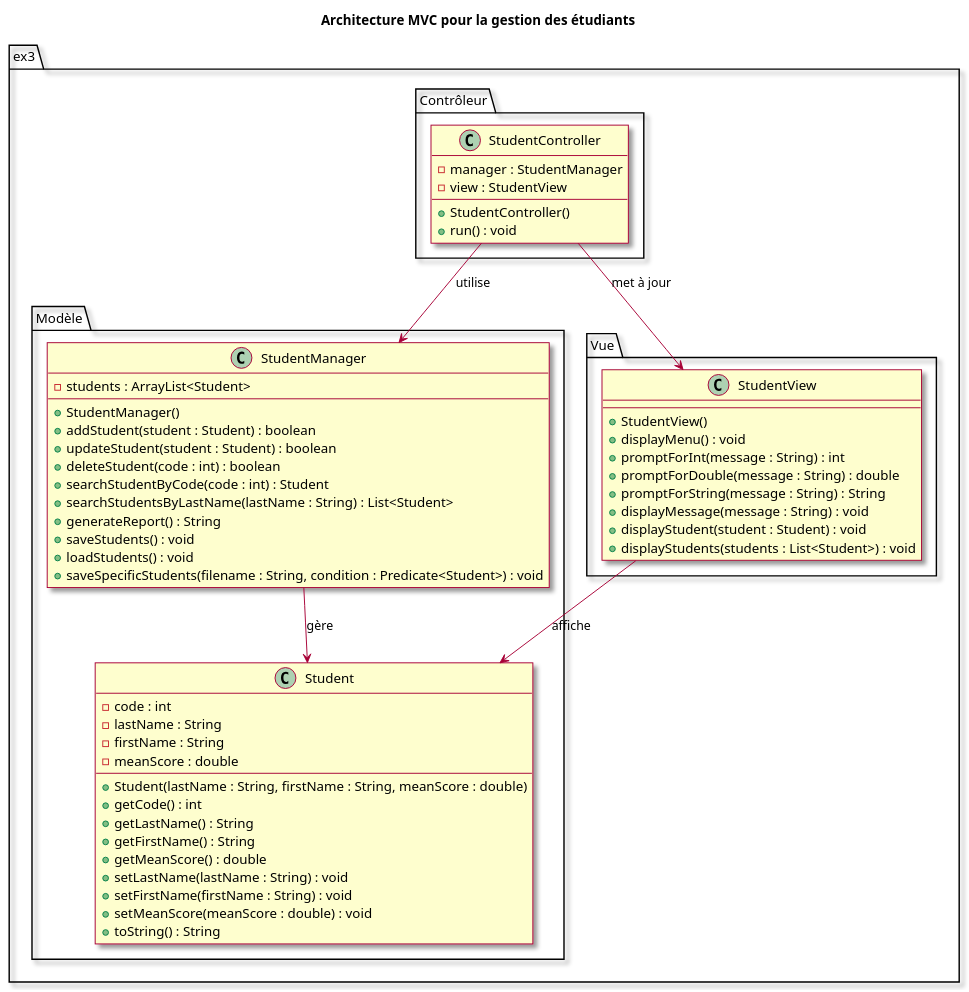
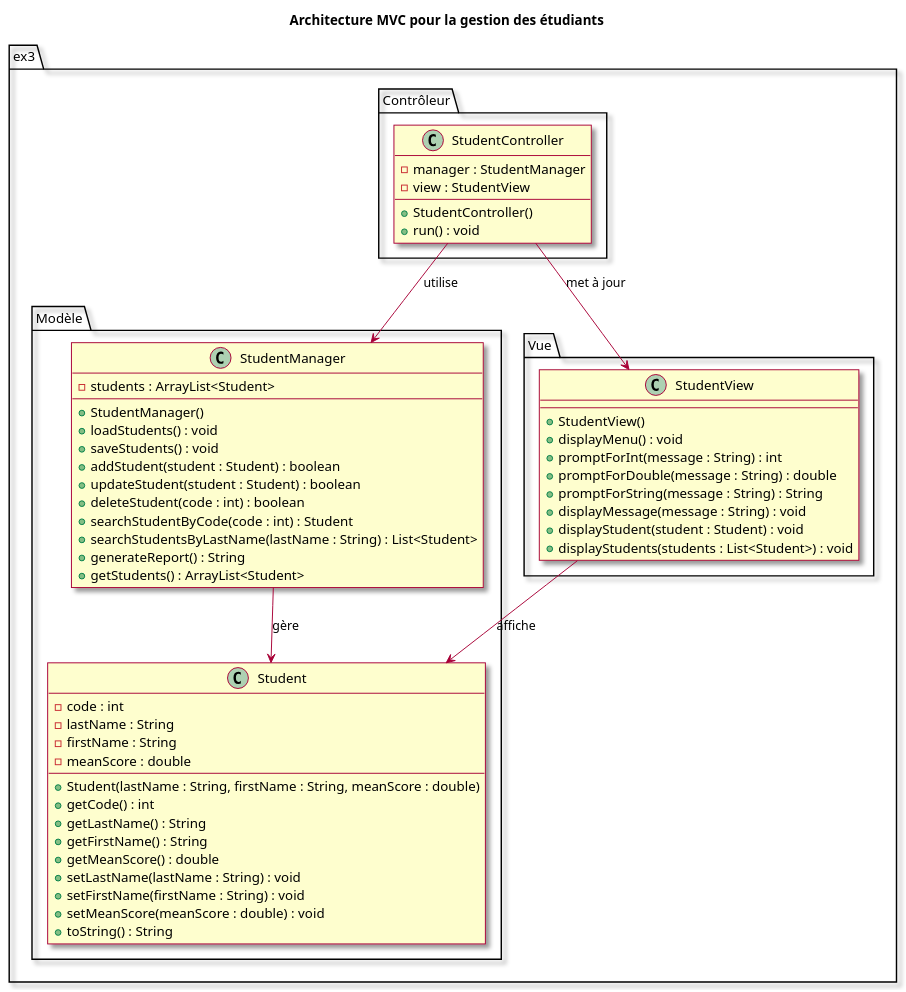
Before and after one commit to alainlebret/java-tp4-students: the diagram in src/ex3/DiagrammeClassesEx3.puml, drawn with PlantUML. The commit also changed 3 other files, not shown here.

```diff
--- a/src/ex3/DiagrammeClassesEx3.puml
+++ b/src/ex3/DiagrammeClassesEx3.puml
@@ -1,66 +1,66 @@
 @startuml
 title Architecture MVC pour la gestion des étudiants
 
 skin rose
 
 package "ex3" {
 package "Modèle" {
     class Student {
       - code : int
       - lastName : String
       - firstName : String
       - meanScore : double
       + Student(lastName : String, firstName : String, meanScore : double)
       + getCode() : int
       + getLastName() : String
       + getFirstName() : String
       + getMeanScore() : double
       + setLastName(lastName : String) : void
       + setFirstName(firstName : String) : void
       + setMeanScore(meanScore : double) : void
       + toString() : String
     }
     class StudentManager {
       - students : ArrayList<Student>
       + StudentManager()
+      + loadStudents() : void
+      + saveStudents() : void
       + addStudent(student : Student) : boolean
       + updateStudent(student : Student) : boolean
       + deleteStudent(code : int) : boolean
       + searchStudentByCode(code : int) : Student
       + searchStudentsByLastName(lastName : String) : List<Student>
       + generateReport() : String
-      + saveStudents() : void
-      + loadStudents() : void
-      + saveSpecificStudents(filename : String, condition : Predicate<Student>) : void
+      + getStudents() : ArrayList<Student>
     }
 }
 
 package "Vue" {
     class StudentView {
       + StudentView()
       + displayMenu() : void
       + promptForInt(message : String) : int
       + promptForDouble(message : String) : double
       + promptForString(message : String) : String
       + displayMessage(message : String) : void
       + displayStudent(student : Student) : void
       + displayStudents(students : List<Student>) : void
     }
 }
 
 package "Contrôleur" {
     class StudentController {
       - manager : StudentManager
       - view : StudentView
       + StudentController()
       + run() : void
     }
 }
 }
 
 StudentController --> StudentManager : "utilise"
 StudentController --> StudentView : "met à jour"
 StudentManager --> Student : "gère"
 StudentView --> Student : "affiche"
 
 @enduml
```
